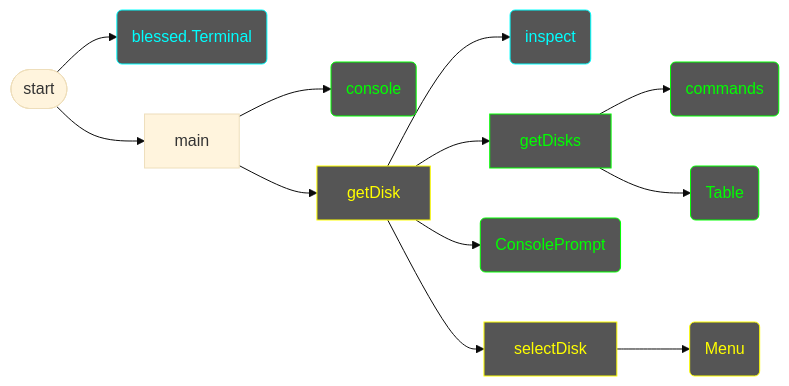
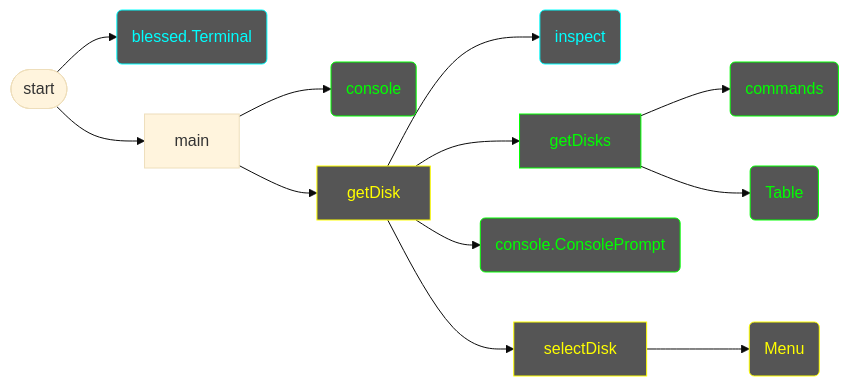
Before and after one commit to 7s4e/p3: the diagram in scripts/get_disk/design.md, drawn with Mermaid (base theme). The commit also changed other lines of this file, not shown here.

Commit message:
consolidate console

````diff
--- a/scripts/get_disk/design.md
+++ b/scripts/get_disk/design.md
@@ -2,29 +2,29 @@
 ```mermaid
 flowchart LR
     classDef complete color:#0f0,stroke:#0f0,fill:#555
     classDef working color:#ff0,stroke:#ff0,fill:#555
     classDef library color:#0ff,stroke:#0ff,fill:#555
     IF([start])
         IF --> TRM
         IF --> MAIN
     TRM(blessed.Terminal):::library
     MAIN[main]
         MAIN --> CON
         MAIN --> GD
     CON(console):::complete
     GD[getDisk]:::working
         GD --> INSP
         GD --> GDS
         GD --> CCP
         GD --> SD
     INSP(inspect):::library
     GDS[getDisks]:::complete
         GDS --> CMD
         GDS --> TBL
-    CCP(ConsolePrompt):::complete
+    CCP(console.ConsolePrompt):::complete
     SD[selectDisk]:::working
         SD --> MNU
     CMD(commands):::complete
     TBL(Table):::complete
     MNU(Menu):::working
 ```
````
